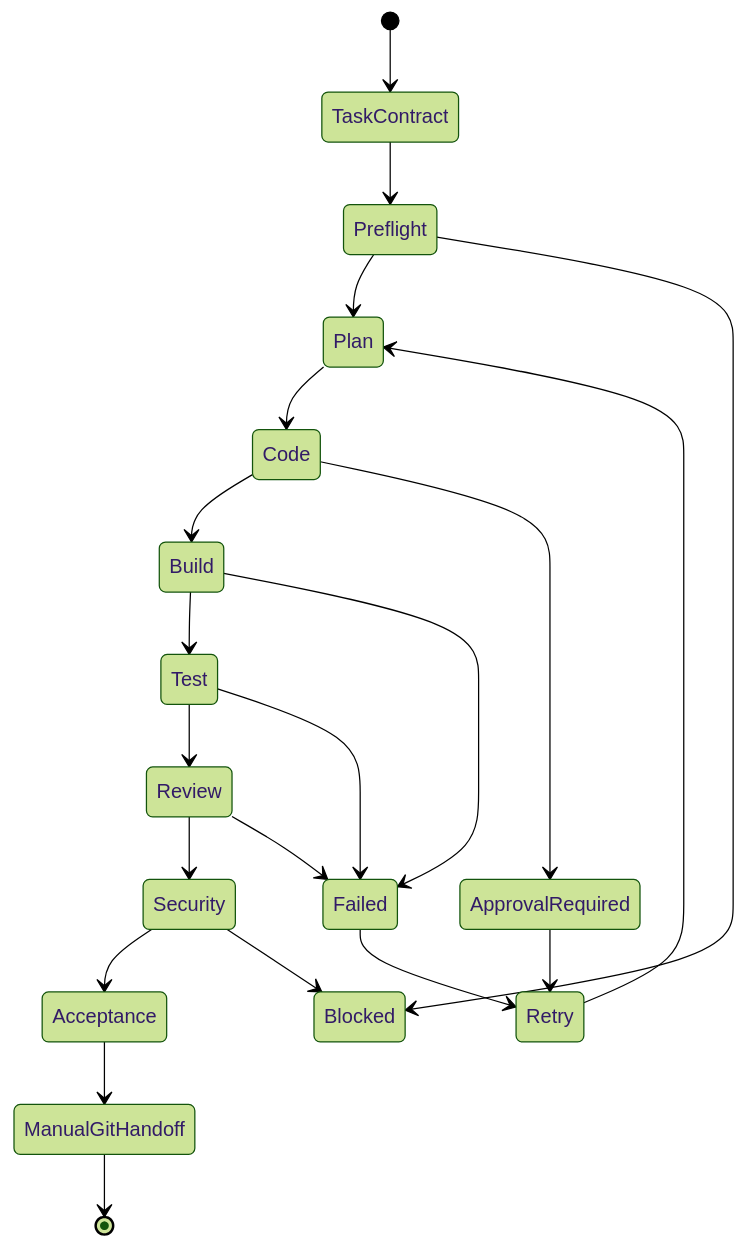
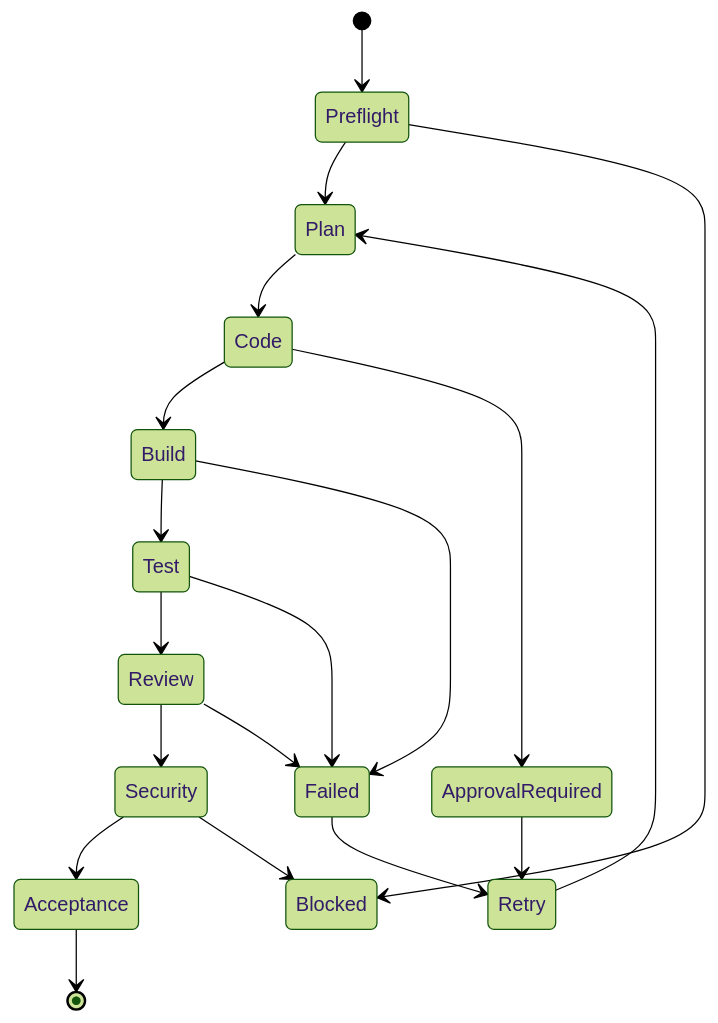
One commit to vistadi/dildin-build-control changed the third of 3 diagrams in docs/ARCHITECTURE.md. Above: the diagram before and after it, drawn with Mermaid (forest theme). The commit also changed other lines of this file and 51 other files, not shown here.

Commit message:
Add guided production flow and presentation materials

````diff
--- a/docs/ARCHITECTURE.md
+++ b/docs/ARCHITECTURE.md
@@ -53,24 +84,22 @@
 ```mermaid
 stateDiagram-v2
-  [*] --> TaskContract
-  TaskContract --> Preflight
+  [*] --> Preflight
   Preflight --> Plan
   Plan --> Code
   Code --> Build
   Build --> Test
   Test --> Review
   Review --> Security
   Security --> Acceptance
-  Acceptance --> ManualGitHandoff
-  ManualGitHandoff --> [*]
+  Acceptance --> [*]
 
   Preflight --> Blocked
   Code --> ApprovalRequired
   Build --> Failed
   Test --> Failed
   Review --> Failed
   Security --> Blocked
   Failed --> Retry
   ApprovalRequired --> Retry
   Retry --> Plan
 ```
````
